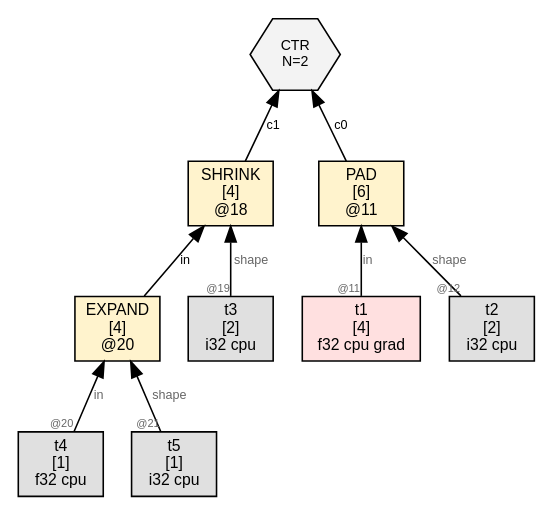
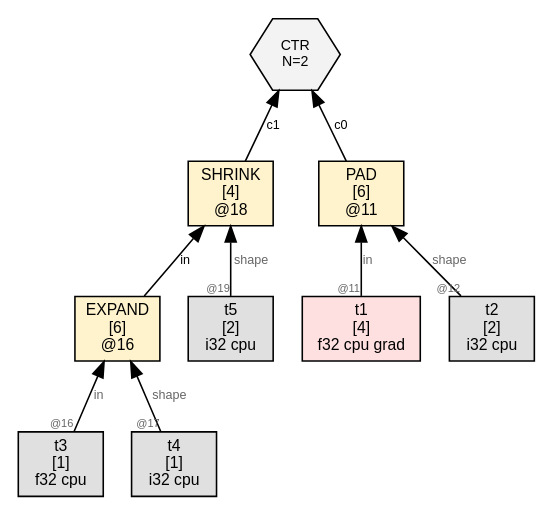
The diagram in wl/examples/thvm_graphs/grad_rules/gradu_pad/thvm_1_post_reduce.dot (sw1sh/TinyHVM), drawn with Graphviz before and after one commit. The commit also changed 7 other files, not shown here.

```diff
--- a/wl/examples/thvm_graphs/grad_rules/gradu_pad/thvm_1_post_reduce.dot
+++ b/wl/examples/thvm_graphs/grad_rules/gradu_pad/thvm_1_post_reduce.dot
@@ -1,23 +1,23 @@
 digraph G {
   rankdir=BT;
   node [fontname="Helvetica", fontsize=10, style=filled, shape=box, margin="0.1,0.05"];
   edge [fontsize=8, fontname="Helvetica"];
 
   n11 [label="PAD\n[6]\n@11", shape=box, fillcolor="#fff3cd"];
   t1 [label="t1\n[4]\nf32 cpu grad",shape=box,fillcolor="#ffe0e0"];
   t1 -> n11 [label="in",taillabel="@11",labelfontsize=7,fontcolor="#666666"];
   t2 [label="t2\n[2]\ni32 cpu",shape=box,fillcolor="#e0e0e0"];
   t2 -> n11 [label="shape",taillabel="@12",labelfontsize=7,fontcolor="#666666"];
   n18 [label="SHRINK\n[4]\n@18", shape=box, fillcolor="#fff3cd"];
-  n20 -> n18 [label="in"];
-  t3 [label="t3\n[2]\ni32 cpu",shape=box,fillcolor="#e0e0e0"];
-  t3 -> n18 [label="shape",taillabel="@19",labelfontsize=7,fontcolor="#666666"];
+  n16 -> n18 [label="in"];
+  t5 [label="t5\n[2]\ni32 cpu",shape=box,fillcolor="#e0e0e0"];
+  t5 -> n18 [label="shape",taillabel="@19",labelfontsize=7,fontcolor="#666666"];
   ctr8 [label="CTR\nN=2", shape=hexagon, fillcolor="#f3f3f3", fontsize=9];
   n11 -> ctr8 [label="c0"];
   n18 -> ctr8 [label="c1"];
-  n20 [label="EXPAND\n[4]\n@20", shape=box, fillcolor="#fff3cd"];
-  t4 [label="t4\n[1]\nf32 cpu",shape=box,fillcolor="#e0e0e0"];
-  t4 -> n20 [label="in",taillabel="@20",labelfontsize=7,fontcolor="#666666"];
-  t5 [label="t5\n[1]\ni32 cpu",shape=box,fillcolor="#e0e0e0"];
-  t5 -> n20 [label="shape",taillabel="@21",labelfontsize=7,fontcolor="#666666"];
+  n16 [label="EXPAND\n[6]\n@16", shape=box, fillcolor="#fff3cd"];
+  t3 [label="t3\n[1]\nf32 cpu",shape=box,fillcolor="#e0e0e0"];
+  t3 -> n16 [label="in",taillabel="@16",labelfontsize=7,fontcolor="#666666"];
+  t4 [label="t4\n[1]\ni32 cpu",shape=box,fillcolor="#e0e0e0"];
+  t4 -> n16 [label="shape",taillabel="@17",labelfontsize=7,fontcolor="#666666"];
 }
```
